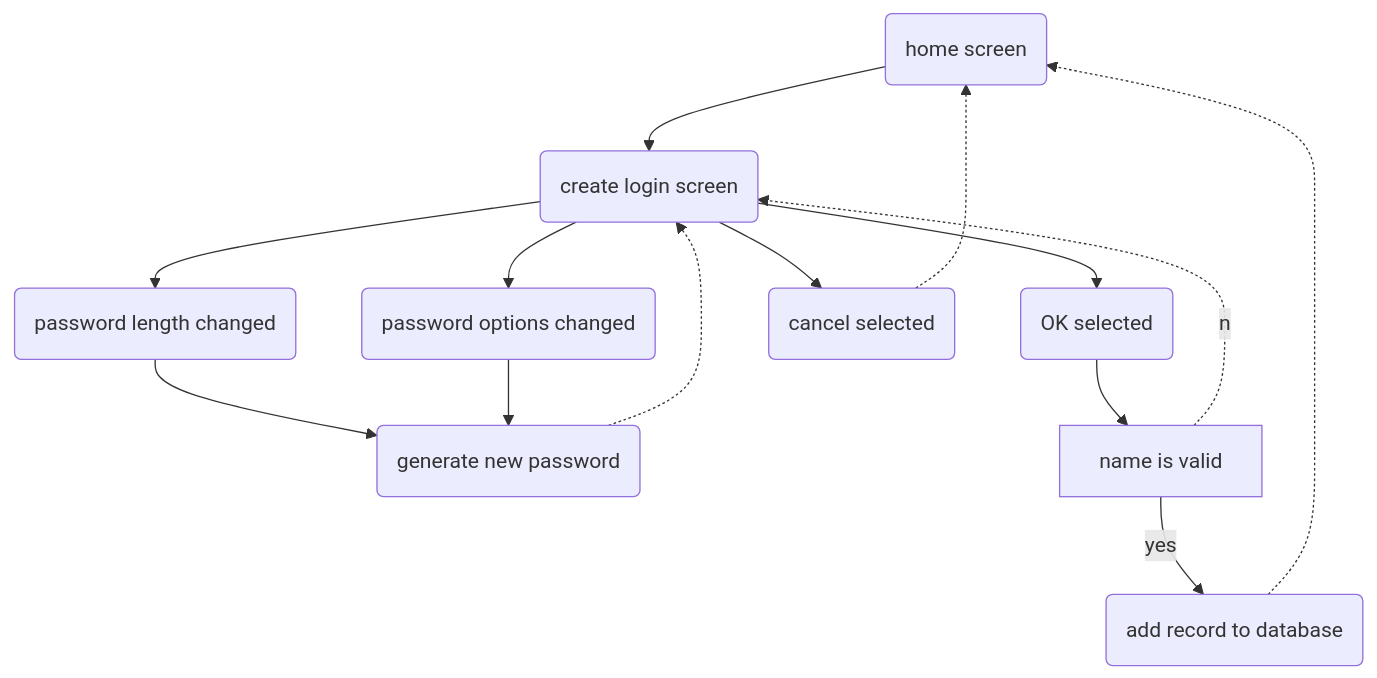
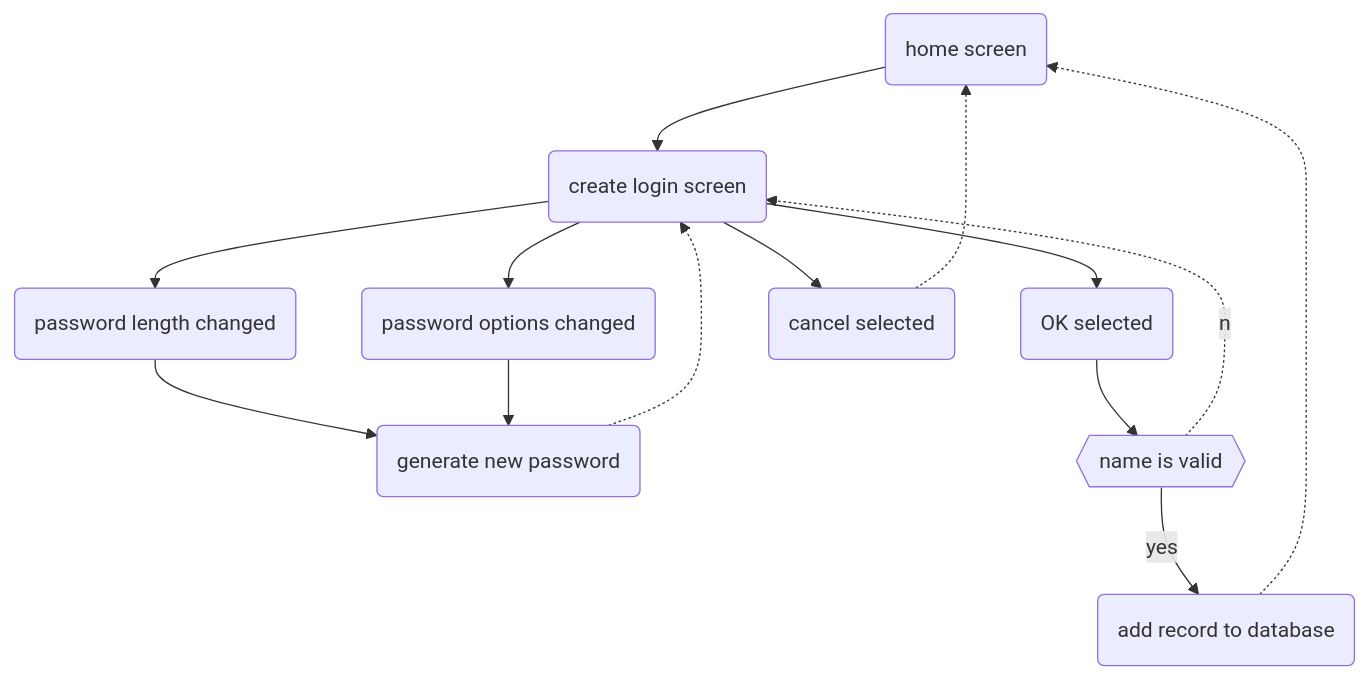
The second of 3 diagrams in README.md (pxp888/passcodes), drawn with Mermaid before and after one commit. The commit also changed other lines of this file and 1 other file, not shown here.

Commit message:
add empty name check on create form

```diff
--- a/README.md
+++ b/README.md
@@ -77,11 +77,11 @@
 ~~~mermaid
 graph TD
 hs(home screen)-->cl(create login screen)
 cl-->pl(password length changed)-->g(generate new password)-.->cl
 cl-->o1(password options changed)-->g
 cl-->ok(OK selected)
-ok-->nv[name is valid]--yes-->ar
+ok-->nv{{name is valid}}--yes-->ar
 nv-.no.->cl
 ar(add record to database)-.->hs
 cl-->cn(cancel selected)-.->hs
 ~~~
```
